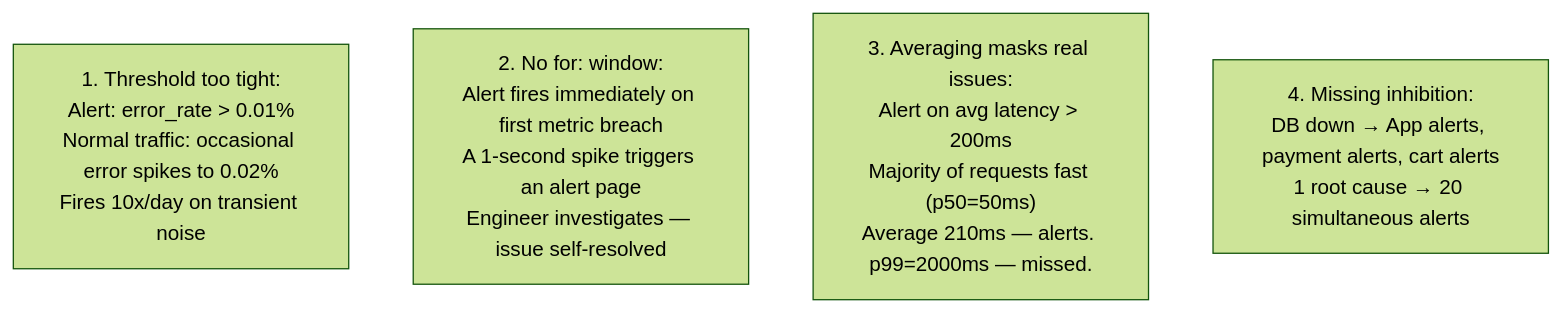
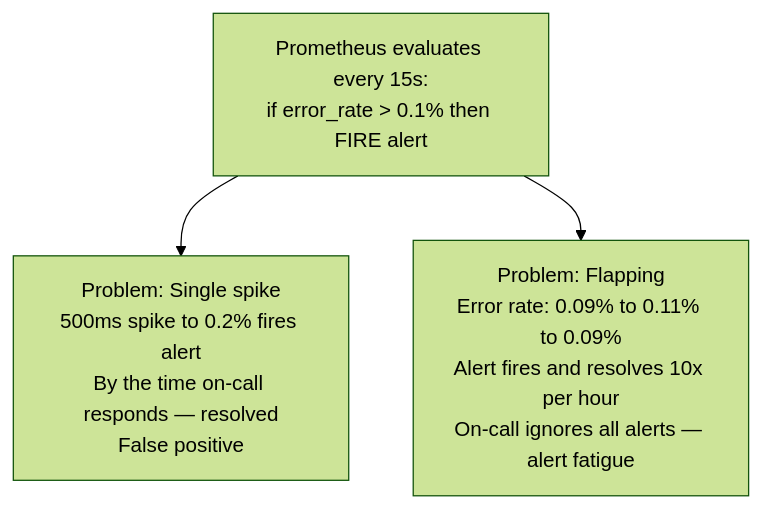
The third of 12 diagrams in docs-site/content/12-interview-prep/question-bank/observability-sre/metrics-alerting-design.md (gauravprwl14/system-design-course), drawn with Mermaid (forest theme) before and after one commit. The commit also changed other lines of this file and 1 other file, not shown here.

Commit message:
feat(question-bank): add slo-sla-error-budgets

````diff
--- a/docs-site/content/12-interview-prep/question-bank/observability-sre/metrics-alerting-design.md
+++ b/docs-site/content/12-interview-prep/question-bank/observability-sre/metrics-alerting-design.md
@@ -117,10 +140,11 @@
 ```mermaid
 graph TD
-  FP1["1. Threshold too tight:\nAlert: error_rate > 0.01%\nNormal traffic: occasional error spikes to 0.02%\nFires 10x/day on transient noise"]
+  Naive["Prometheus evaluates every 15s:\nif error_rate > 0.1% then FIRE alert"]
 
-  FP2["2. No for: window:\nAlert fires immediately on first metric breach\nA 1-second spike triggers an alert page\nEngineer investigates — issue self-resolved"]
+  Issue1["Problem: Single spike\n500ms spike to 0.2% fires alert\nBy the time on-call responds — resolved\nFalse positive"]
 
-  FP3["3. Averaging masks real issues:\nAlert on avg latency > 200ms\nMajority of requests fast (p50=50ms)\nAverage 210ms — alerts. p99=2000ms — missed."]
+  Issue2["Problem: Flapping\nError rate: 0.09% to 0.11% to 0.09%\nAlert fires and resolves 10x per hour\nOn-call ignores all alerts — alert fatigue"]
 
-  FP4["4. Missing inhibition:\nDB down → App alerts, payment alerts, cart alerts\n1 root cause → 20 simultaneous alerts"]
+  Naive --> Issue1
+  Naive --> Issue2
 ```
````
